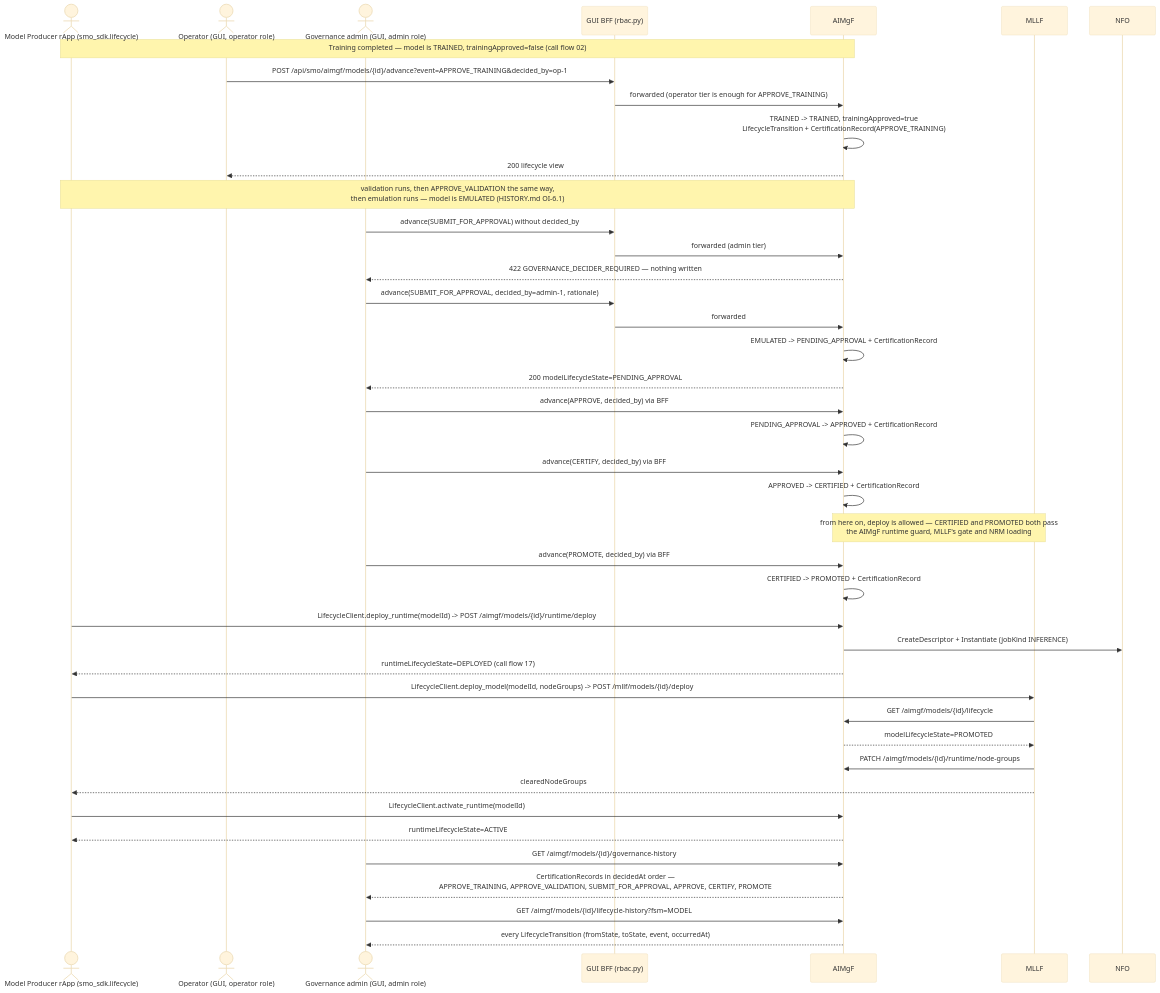
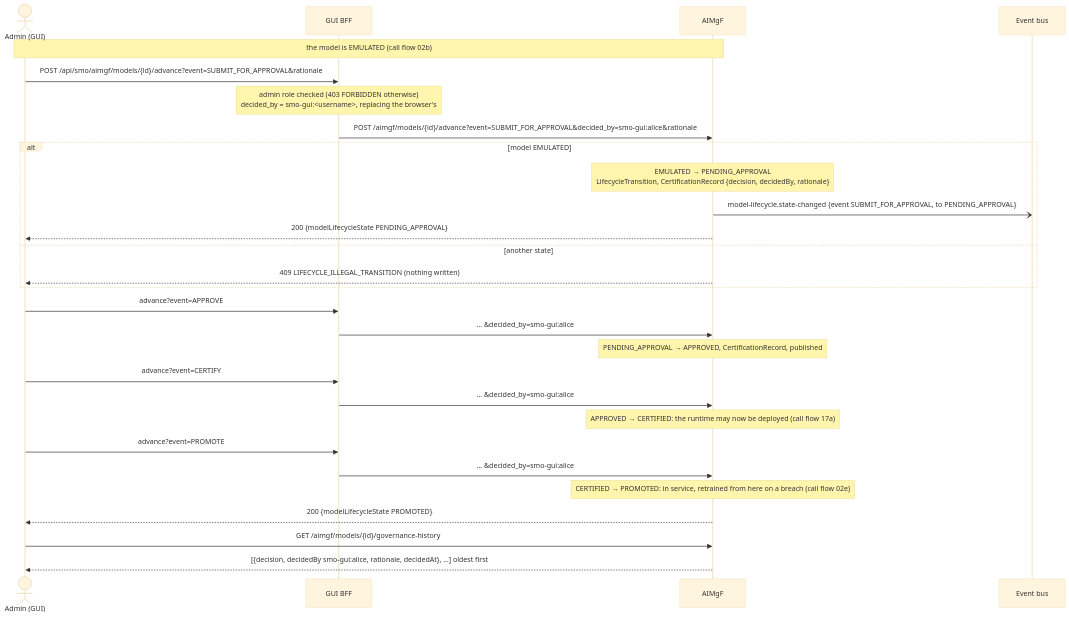
The first of 5 diagrams in smo/docs/call-flows/26-model-governance-and-end-of-life.md (rsys-bshankar/ai-ran-smo), drawn with Mermaid (base theme) before and after one commit. The commit also changed other lines of this file and 27 other files, not shown here.

First line of the commit message:
Call flow 26 rewritten: decider recorded, model lifecycle events, serving model not deletable (DOC-CF-1.7)

````diff
--- a/smo/docs/call-flows/26-model-governance-and-end-of-life.md
+++ b/smo/docs/call-flows/26-model-governance-and-end-of-life.md
@@ -78,49 +58,33 @@
 ```mermaid
 sequenceDiagram
-    actor Producer as Model Producer rApp (smo_sdk.lifecycle)
-    actor Operator as Operator (GUI, operator role)
-    actor Admin as Governance admin (GUI, admin role)
-    participant BFF as GUI BFF (rbac.py)
-    participant AIMgF as AIMgF
-    participant MLLF as MLLF
-    participant NFO as NFO
+    actor Ad as Admin (GUI)
+    participant BFF as GUI BFF
+    participant AIM as AIMgF
+    participant Bus as Event bus
 
-    Note over Producer,AIMgF: Training completed — model is TRAINED, trainingApproved=false (call flow 02)
-    Operator->>BFF: POST /api/smo/aimgf/models/{id}/advance?event=APPROVE_TRAINING&decided_by=op-1
-    BFF->>AIMgF: forwarded (operator tier is enough for APPROVE_TRAINING)
-    AIMgF->>AIMgF: TRAINED -> TRAINED, trainingApproved=true<br/>LifecycleTransition + CertificationRecord(APPROVE_TRAINING)
-    AIMgF-->>Operator: 200 lifecycle view
-    Note over Producer,AIMgF: validation runs, then APPROVE_VALIDATION the same way,<br/>then emulation runs — model is EMULATED (HISTORY.md OI-6.1)
+    Note over Ad,AIM: the model is EMULATED (call flow 02b)
+    Ad->>BFF: POST /api/smo/aimgf/models/{id}/advance?event=SUBMIT_FOR_APPROVAL&rationale
+    Note over BFF: admin role checked (403 FORBIDDEN otherwise)<br/>decided_by = smo-gui:<username>, replacing the browser's
+    BFF->>AIM: POST /aimgf/models/{id}/advance?event=SUBMIT_FOR_APPROVAL&decided_by=smo-gui:alice&rationale
+    alt model EMULATED
+        Note over AIM: EMULATED → PENDING_APPROVAL<br/>LifecycleTransition, CertificationRecord {decision, decidedBy, rationale}
+        AIM-)Bus: model-lifecycle.state-changed {event SUBMIT_FOR_APPROVAL, to PENDING_APPROVAL}
+        AIM-->>Ad: 200 {modelLifecycleState PENDING_APPROVAL}
+    else another state
+        AIM-->>Ad: 409 LIFECYCLE_ILLEGAL_TRANSITION (nothing written)
+    end
 
-    Admin->>BFF: advance(SUBMIT_FOR_APPROVAL) without decided_by
-    BFF->>AIMgF: forwarded (admin tier)
-    AIMgF-->>Admin: 422 GOVERNANCE_DECIDER_REQUIRED — nothing written
+    Ad->>BFF: advance?event=APPROVE
+    BFF->>AIM: … &decided_by=smo-gui:alice
+    Note over AIM: PENDING_APPROVAL → APPROVED, CertificationRecord, published
+    Ad->>BFF: advance?event=CERTIFY
+    BFF->>AIM: … &decided_by=smo-gui:alice
+    Note over AIM: APPROVED → CERTIFIED: the runtime may now be deployed (call flow 17a)
+    Ad->>BFF: advance?event=PROMOTE
+    BFF->>AIM: … &decided_by=smo-gui:alice
+    Note over AIM: CERTIFIED → PROMOTED: in service, retrained from here on a breach (call flow 02e)
+    AIM-->>Ad: 200 {modelLifecycleState PROMOTED}
 
-    Admin->>BFF: advance(SUBMIT_FOR_APPROVAL, decided_by=admin-1, rationale)
-    BFF->>AIMgF: forwarded
-    AIMgF->>AIMgF: EMULATED -> PENDING_APPROVAL + CertificationRecord
-    AIMgF-->>Admin: 200 modelLifecycleState=PENDING_APPROVAL
-    Admin->>AIMgF: advance(APPROVE, decided_by) via BFF
-    AIMgF->>AIMgF: PENDING_APPROVAL -> APPROVED + CertificationRecord
-    Admin->>AIMgF: advance(CERTIFY, decided_by) via BFF
-    AIMgF->>AIMgF: APPROVED -> CERTIFIED + CertificationRecord
-    Note over AIMgF,MLLF: from here on, deploy is allowed — CERTIFIED and PROMOTED both pass<br/>the AIMgF runtime guard, MLLF's gate and NRM loading
-    Admin->>AIMgF: advance(PROMOTE, decided_by) via BFF
-    AIMgF->>AIMgF: CERTIFIED -> PROMOTED + CertificationRecord
-
-    Producer->>AIMgF: LifecycleClient.deploy_runtime(modelId) -> POST /aimgf/models/{id}/runtime/deploy
-    AIMgF->>NFO: CreateDescriptor + Instantiate (jobKind INFERENCE)
-    AIMgF-->>Producer: runtimeLifecycleState=DEPLOYED (call flow 17)
-    Producer->>MLLF: LifecycleClient.deploy_model(modelId, nodeGroups) -> POST /mllf/models/{id}/deploy
-    MLLF->>AIMgF: GET /aimgf/models/{id}/lifecycle
-    AIMgF-->>MLLF: modelLifecycleState=PROMOTED
-    MLLF->>AIMgF: PATCH /aimgf/models/{id}/runtime/node-groups
-    MLLF-->>Producer: clearedNodeGroups
-    Producer->>AIMgF: LifecycleClient.activate_runtime(modelId)
-    AIMgF-->>Producer: runtimeLifecycleState=ACTIVE
-
-    Admin->>AIMgF: GET /aimgf/models/{id}/governance-history
-    AIMgF-->>Admin: CertificationRecords in decidedAt order —<br/>APPROVE_TRAINING, APPROVE_VALIDATION, SUBMIT_FOR_APPROVAL, APPROVE, CERTIFY, PROMOTE
-    Admin->>AIMgF: GET /aimgf/models/{id}/lifecycle-history?fsm=MODEL
-    AIMgF-->>Admin: every LifecycleTransition (fromState, toState, event, occurredAt)
+    Ad->>AIM: GET /aimgf/models/{id}/governance-history
+    AIM-->>Ad: [{decision, decidedBy smo-gui:alice, rationale, decidedAt}, …] oldest first
 ```
````
